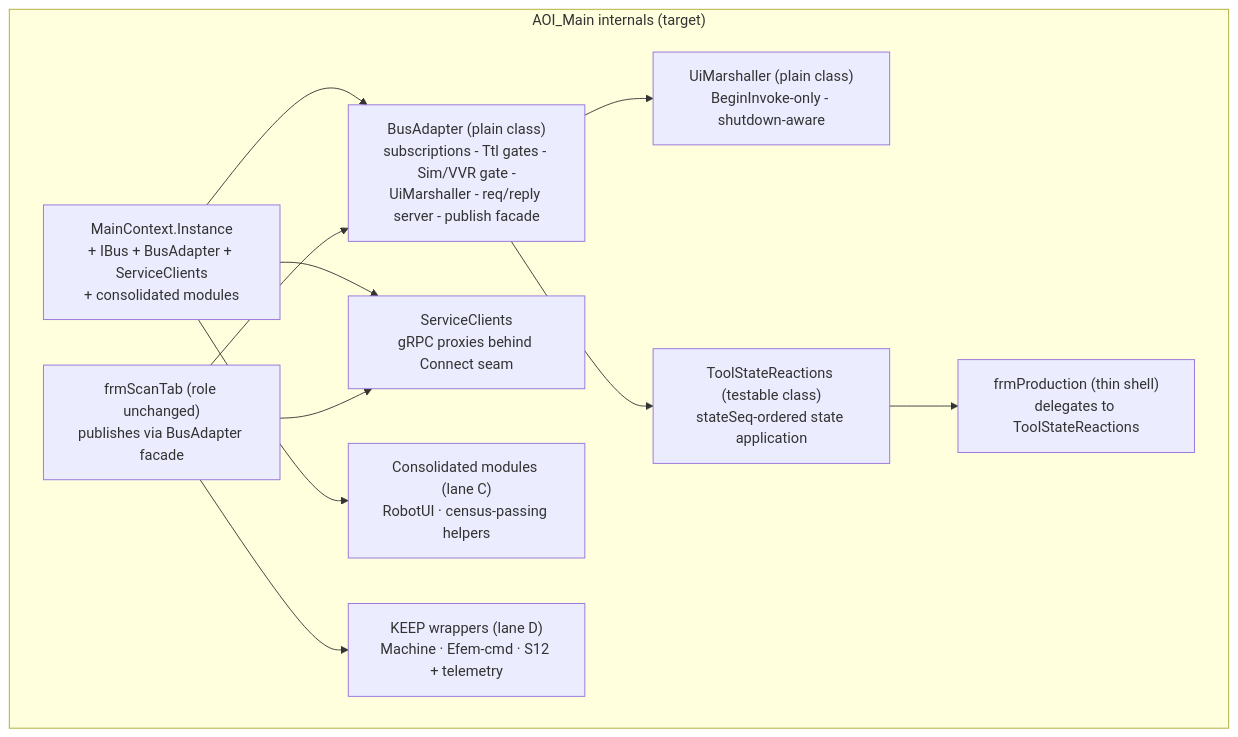
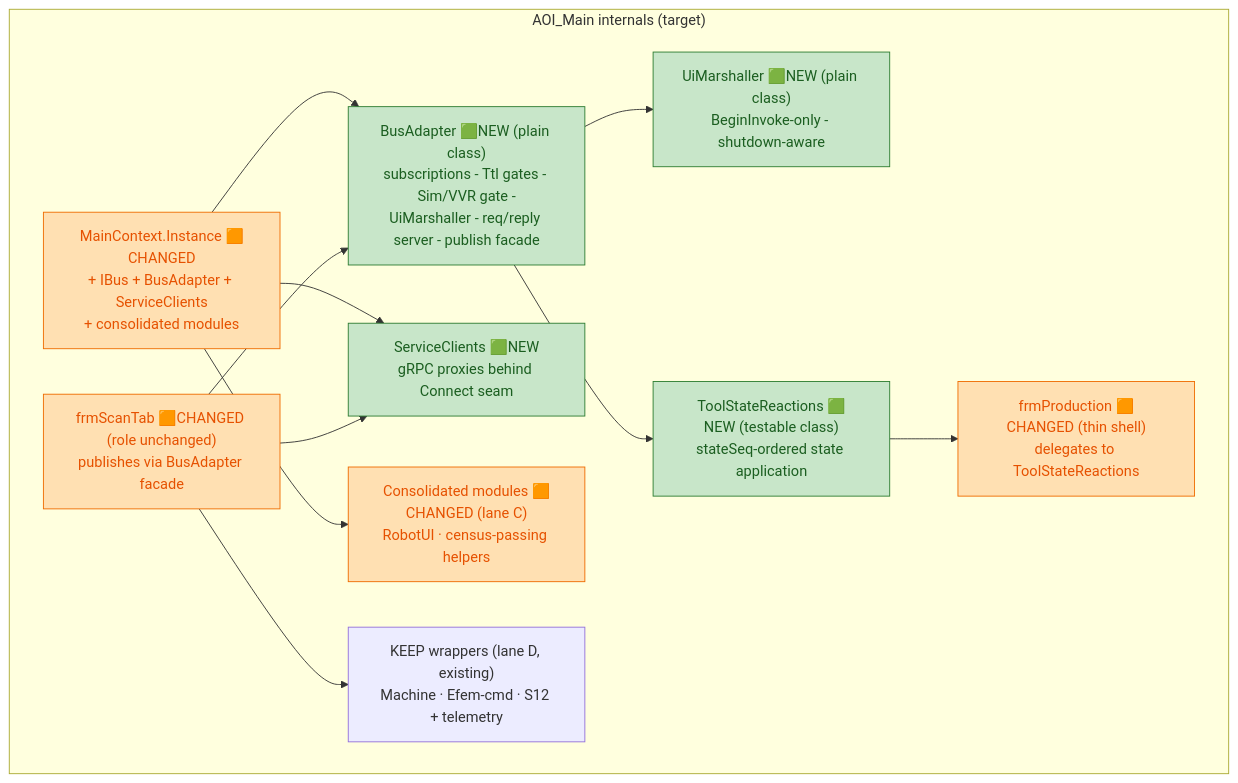
The first of 7 diagrams in stage/02-aoi-architecture.md (amitA-camtek/bus_gateway), drawn with Mermaid before and after one commit. The commit also changed other lines of this file and 11 other files, not shown here.

````diff
--- a/stage/02-aoi-architecture.md
+++ b/stage/02-aoi-architecture.md
@@ -16,22 +24,27 @@
 ```mermaid
 flowchart TB
     subgraph AOIN["AOI_Main internals (target)"]
-        MCN["MainContext.Instance\n+ IBus + BusAdapter + ServiceClients\n+ consolidated modules"]
-        BAN["BusAdapter (plain class)\nsubscriptions - Ttl gates - Sim/VVR gate -\nUiMarshaller - req/reply server - publish facade"]
-        UMN["UiMarshaller (plain class)\nBeginInvoke-only - shutdown-aware"]
-        TSR["ToolStateReactions (testable class)\nstateSeq-ordered state application"]
-        FPN["frmProduction (thin shell)\ndelegates to ToolStateReactions"]
-        STN["frmScanTab (role unchanged)\npublishes via BusAdapter facade"]
-        SCN["ServiceClients\ngRPC proxies behind Connect seam"]
-        CONSN["Consolidated modules (lane C)\nRobotUI · census-passing helpers"]
-        KWN["KEEP wrappers (lane D)\nMachine · Efem-cmd · S12 + telemetry"]
+        MCN["MainContext.Instance 🟧CHANGED\n+ IBus + BusAdapter + ServiceClients\n+ consolidated modules"]
+        BAN["BusAdapter 🟩NEW (plain class)\nsubscriptions - Ttl gates - Sim/VVR gate -\nUiMarshaller - req/reply server - publish facade"]
+        UMN["UiMarshaller 🟩NEW (plain class)\nBeginInvoke-only - shutdown-aware"]
+        TSR["ToolStateReactions 🟩NEW (testable class)\nstateSeq-ordered state application"]
+        FPN["frmProduction 🟧CHANGED (thin shell)\ndelegates to ToolStateReactions"]
+        STN["frmScanTab 🟧CHANGED (role unchanged)\npublishes via BusAdapter facade"]
+        SCN["ServiceClients 🟩NEW\ngRPC proxies behind Connect seam"]
+        CONSN["Consolidated modules 🟧CHANGED (lane C)\nRobotUI · census-passing helpers"]
+        KWN["KEEP wrappers (lane D, existing)\nMachine · Efem-cmd · S12 + telemetry"]
     end
 
     MCN --> BAN --> UMN
     BAN --> TSR --> FPN
     MCN --> SCN
     MCN --> CONSN
     STN --> BAN
     STN --> SCN
     STN --> KWN
+
+    classDef new fill:#C8E6C9,stroke:#2E7D32,color:#1B5E20;
+    classDef changed fill:#FFE0B2,stroke:#EF6C00,color:#E65100;
+    class BAN,UMN,TSR,SCN new;
+    class MCN,FPN,STN,CONSN changed;
 ```
````
